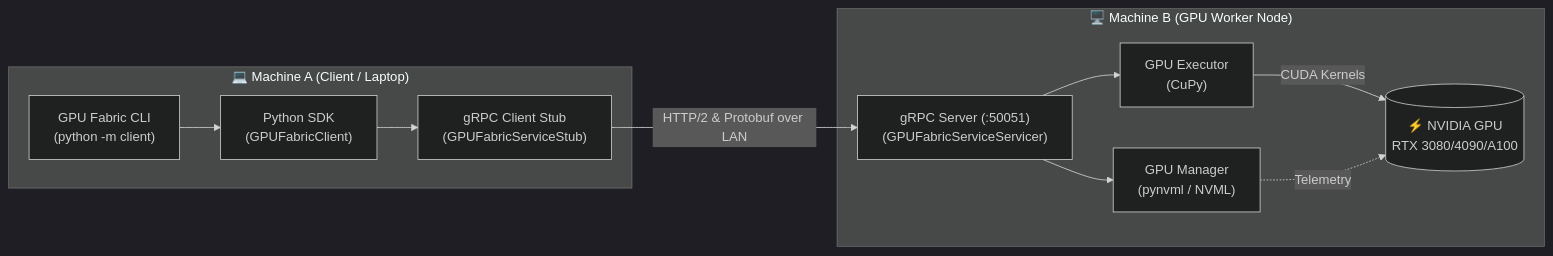
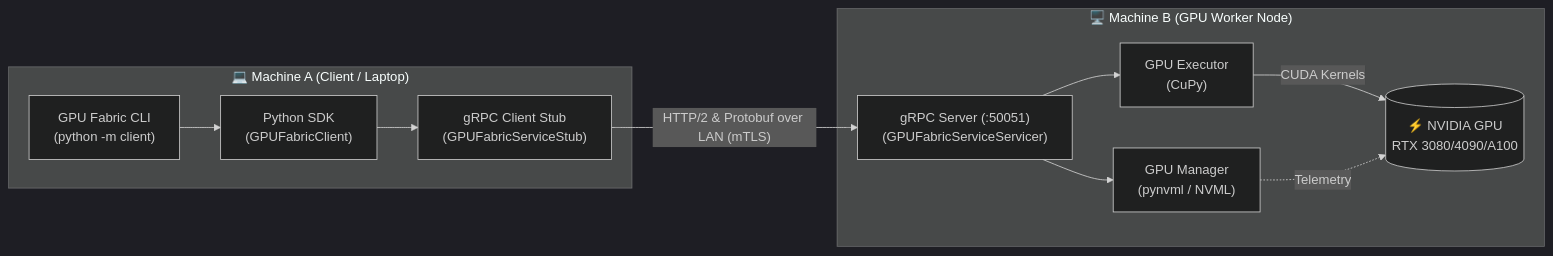
The diagram in README.md (Izpiz06/gpufabric), drawn with Mermaid (dark theme) before and after one commit. The commit also changed other lines of this file and 1 other file, not shown here.

````diff
--- a/README.md
+++ b/README.md
@@ -64,25 +70,25 @@
 ```mermaid
 flowchart LR
     subgraph ClientMachine["💻 Machine A (Client / Laptop)"]
         CLI["GPU Fabric CLI\n(python -m client)"]
         SDK["Python SDK\n(GPUFabricClient)"]
         Stub["gRPC Client Stub\n(GPUFabricServiceStub)"]
 
         CLI --> SDK
         SDK --> Stub
     end
 
     subgraph WorkerMachine["🖥️ Machine B (GPU Worker Node)"]
         Server["gRPC Server (:50051)\n(GPUFabricServiceServicer)"]
         NVML["GPU Manager\n(pynvml / NVML)"]
         Executor["GPU Executor\n(CuPy)"]
         GPU[("⚡ NVIDIA GPU\nRTX 3080/4090/A100")]
 
         Server --> NVML
         Server --> Executor
         Executor -->|CUDA Kernels| GPU
         NVML -.->|Telemetry| GPU
     end
 
-    Stub -->|"HTTP/2 & Protobuf over LAN"| Server
+    Stub -->|"HTTP/2 & Protobuf over LAN (mTLS)"| Server
 ```
````
